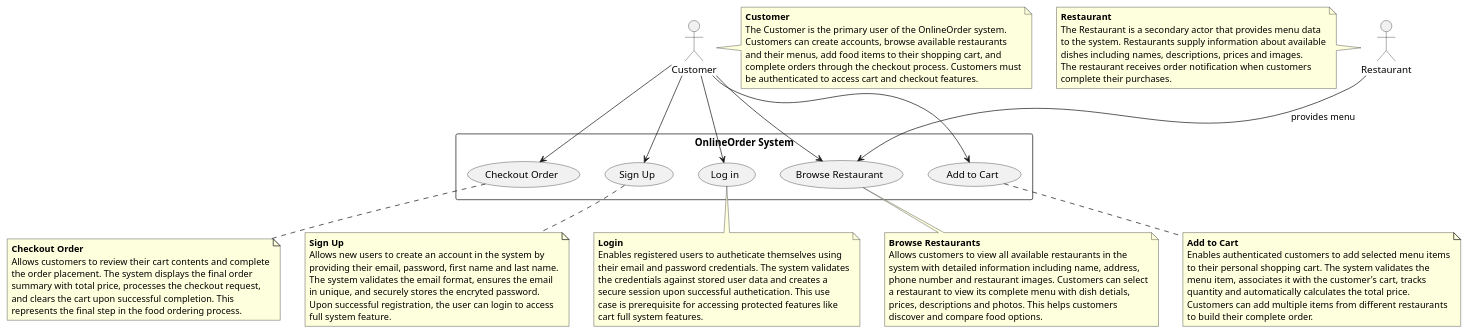
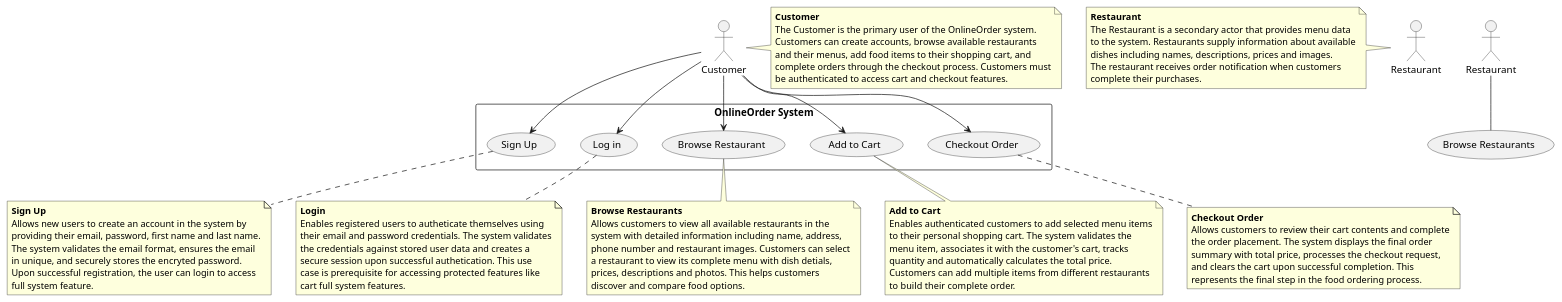
Before and after one commit to nongxu/CSCI_6234_Spring_2026_G02: the diagram in uml/ProjectUML/usecase_for_project.puml, drawn with PlantUML.

Commit message:
Update use case diagram for restaurant browsing

```diff
--- a/uml/ProjectUML/usecase_for_project.puml
+++ b/uml/ProjectUML/usecase_for_project.puml
@@ -1,100 +1,100 @@
 @startuml
 
 ' Define Actors
 :Customer: as customer
 :Restaurant: as restaurant
 
 ' Define System Boundary
 rectangle "OnlineOrder System"{
     (Sign Up) as signup
     (Log in) as login
     (Browse Restaurant) as browse
     (Add to Cart) as addcart
     (Checkout Order) as checkout
 }
 
 ' Actor - Use Case Associations
 customer --> checkout
 customer --> signup
 customer --> login
 customer --> browse
 customer --> addcart
 
-restaurant --> browse : provides menu
+Restaurant -- (Browse Restaurants)
 
 ' Actor Descriptions
 ' Customer
 note right of customer
 **Customer**
 The Customer is the primary user of the OnlineOrder system.
 Customers can create accounts, browse available restaurants
 and their menus, add food items to their shopping cart, and
 complete orders through the checkout process. Customers must
 be authenticated to access cart and checkout features.
 end note
 
 ' Restaurant
 note left of restaurant
 **Restaurant**
 The Restaurant is a secondary actor that provides menu data
 to the system. Restaurants supply information about available
 dishes including names, descriptions, prices and images.
 The restaurant receives order notification when customers
 complete their purchases.
 end note
 
 ' Sign Up
 note bottom of signup
 **Sign Up**
 Allows new users to create an account in the system by
 providing their email, password, first name and last name.
 The system validates the email format, ensures the email
 in unique, and securely stores the encryted password.
 Upon successful registration, the user can login to access
 full system feature.
 end note
 
 ' Login
 note bottom of login
 **Login**
 Enables registered users to autheticate themselves using
 their email and password credentials. The system validates
 the credentials against stored user data and creates a 
 secure session upon successful authetication. This use
 case is prerequisite for accessing protected features like
 cart full system features.
 end note
 
 ' Browse Restaurants
 note bottom of browse
 **Browse Restaurants**
 Allows customers to view all available restaurants in the
 system with detailed information including name, address,
 phone number and restaurant images. Customers can select
 a restaurant to view its complete menu with dish detials,
 prices, descriptions and photos. This helps customers
 discover and compare food options.
 end note
 
 ' Add to Cart
 note bottom of addcart
 **Add to Cart**
 Enables authenticated customers to add selected menu items
 to their personal shopping cart. The system validates the
 menu item, associates it with the customer's cart, tracks
 quantity and automatically calculates the total price.
 Customers can add multiple items from different restaurants
 to build their complete order.
 end note
 
 ' Checkout Order
 note bottom of checkout
 **Checkout Order**
 Allows customers to review their cart contents and complete
 the order placement. The system displays the final order
 summary with total price, processes the checkout request,
 and clears the cart upon successful completion. This 
 represents the final step in the food ordering process.
 end note
 
 @enduml
```
